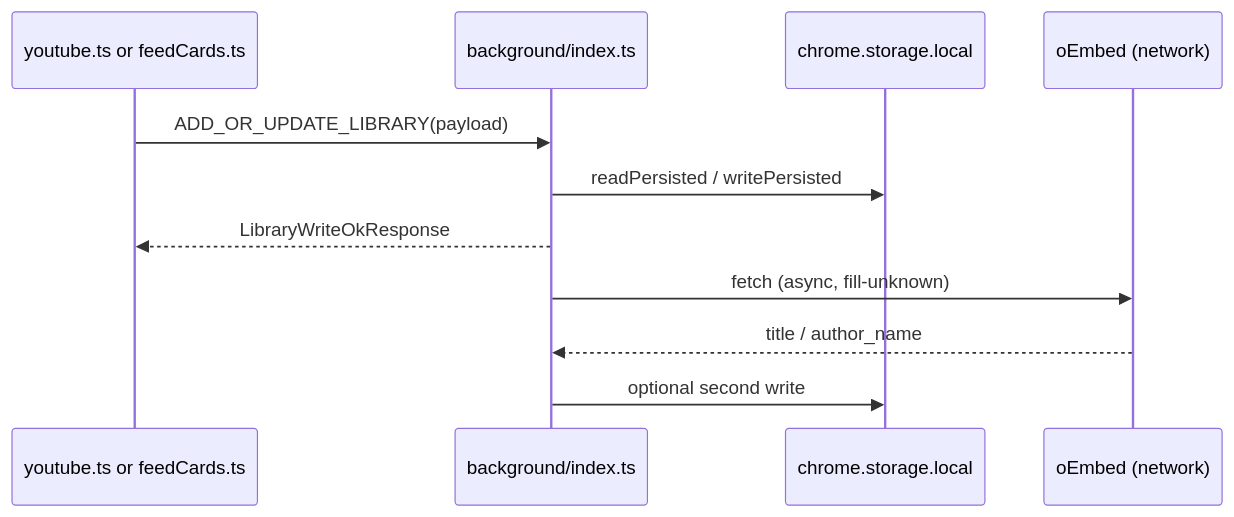
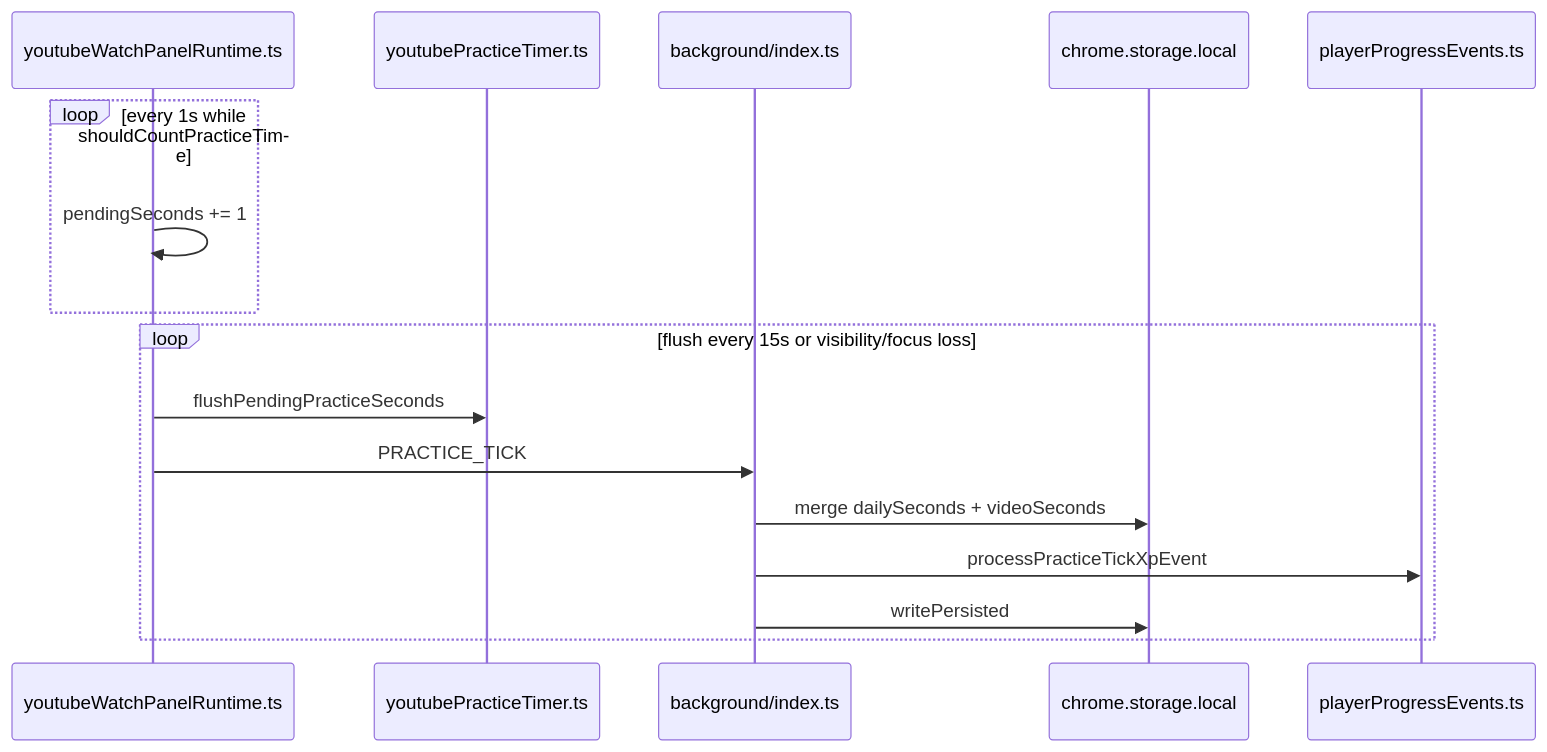
The third of 4 diagrams in ExplaneMe.md (thepoppfish/JustPractice), drawn with Mermaid before and after one commit. The commit also changed other lines of this file and 22 other files, not shown here.

````diff
--- a/ExplaneMe.md
+++ b/ExplaneMe.md
@@ -256,14 +375,19 @@
 ```mermaid
 sequenceDiagram
-  participant YT as youtube.ts or feedCards.ts
+  participant RT as youtubeWatchPanelRuntime.ts
+  participant TM as youtubePracticeTimer.ts
   participant BG as background/index.ts
   participant ST as chrome.storage.local
-  participant OE as oEmbed (network)
+  participant XP as playerProgressEvents.ts
 
-  YT->>BG: ADD_OR_UPDATE_LIBRARY(payload)
-  BG->>ST: readPersisted / writePersisted
-  BG-->>YT: LibraryWriteOkResponse
-  BG->>OE: fetch (async, fill-unknown)
-  OE-->>BG: title / author_name
-  BG->>ST: optional second write
+  loop every 1s while shouldCountPracticeTime
+    RT->>RT: pendingSeconds += 1
+  end
+  loop flush every 15s or visibility/focus loss
+    RT->>TM: flushPendingPracticeSeconds
+    RT->>BG: PRACTICE_TICK
+    BG->>ST: merge dailySeconds + videoSeconds
+    BG->>XP: processPracticeTickXpEvent
+    BG->>ST: writePersisted
+  end
 ```
````
